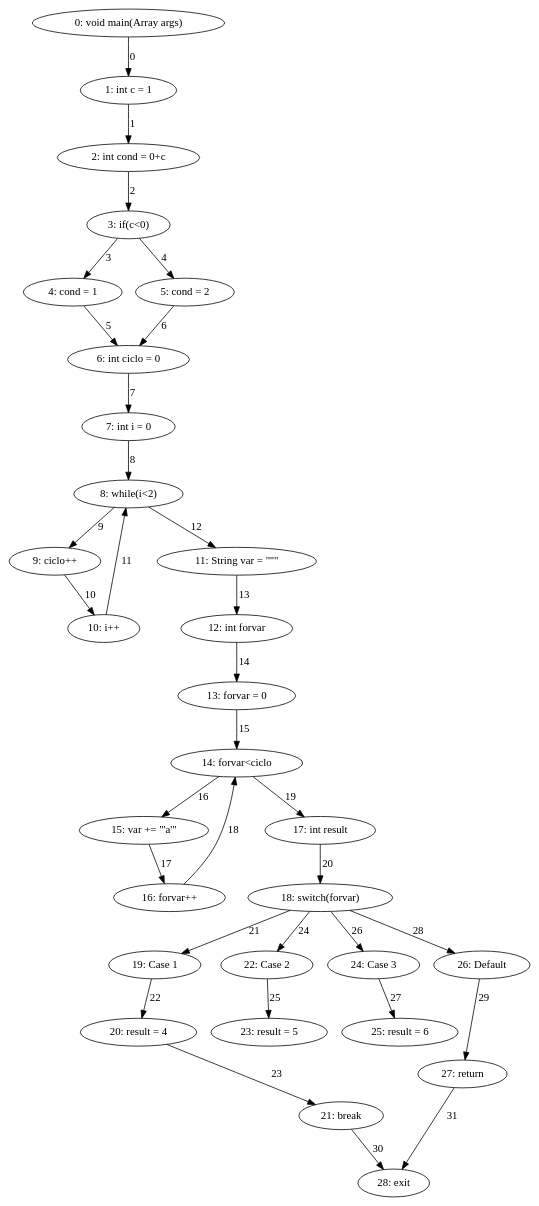
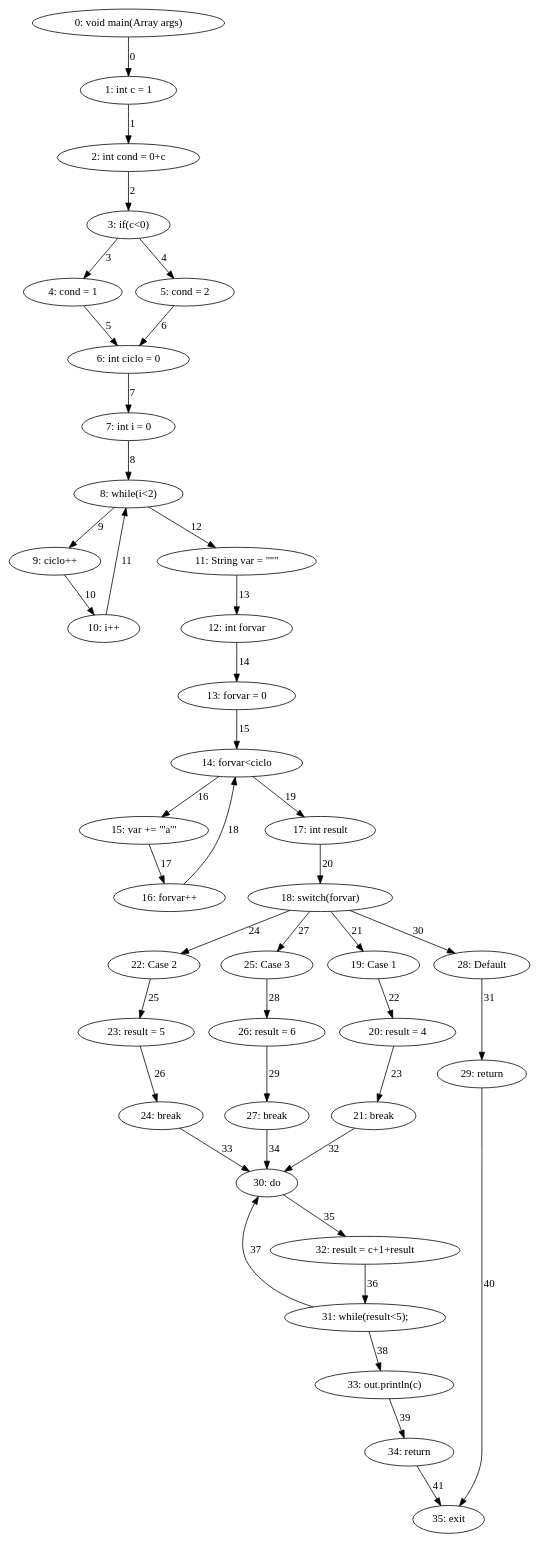
The diagram in export/ast_cfg.dot (DominguesGM/comp_astanalyze), drawn with Graphviz before and after one commit. The commit also changed 20 other files, not shown here.

```diff
--- a/export/ast_cfg.dot
+++ b/export/ast_cfg.dot
@@ -1,63 +1,80 @@
 digraph G {
   1 [ label="0: void main(Array args)" ];
   2 [ label="1: int c = 1" ];
   3 [ label="2: int cond = 0+c" ];
   4 [ label="3: if(c<0)" ];
   5 [ label="4: cond = 1" ];
   6 [ label="5: cond = 2" ];
   7 [ label="6: int ciclo = 0" ];
   8 [ label="7: int i = 0" ];
   9 [ label="8: while(i<2)" ];
   10 [ label="9: ciclo++" ];
   11 [ label="10: i++" ];
   12 [ label="11: String var = \"''\"" ];
   13 [ label="12: int forvar" ];
   14 [ label="13: forvar = 0" ];
   15 [ label="14: forvar<ciclo" ];
   16 [ label="15: var += \"'a'\"" ];
   17 [ label="16: forvar++" ];
   18 [ label="17: int result" ];
   19 [ label="18: switch(forvar)" ];
   20 [ label="19: Case 1" ];
   21 [ label="20: result = 4" ];
   22 [ label="21: break" ];
   23 [ label="22: Case 2" ];
   24 [ label="23: result = 5" ];
-  25 [ label="24: Case 3" ];
-  26 [ label="25: result = 6" ];
-  27 [ label="26: Default" ];
-  28 [ label="27: return" ];
-  29 [ label="28: exit" ];
+  25 [ label="24: break" ];
+  26 [ label="25: Case 3" ];
+  27 [ label="26: result = 6" ];
+  28 [ label="27: break" ];
+  29 [ label="28: Default" ];
+  30 [ label="29: return" ];
+  31 [ label="31: while(result<5);" ];
+  32 [ label="30: do" ];
+  33 [ label="32: result = c+1+result" ];
+  34 [ label="33: out.println(c)" ];
+  35 [ label="34: return" ];
+  36 [ label="35: exit" ];
   1 -> 2 [ label="0" ];
   2 -> 3 [ label="1" ];
   3 -> 4 [ label="2" ];
   4 -> 5 [ label="3" ];
   4 -> 6 [ label="4" ];
   5 -> 7 [ label="5" ];
   6 -> 7 [ label="6" ];
   7 -> 8 [ label="7" ];
   8 -> 9 [ label="8" ];
   9 -> 10 [ label="9" ];
   10 -> 11 [ label="10" ];
   11 -> 9 [ label="11" ];
   9 -> 12 [ label="12" ];
   12 -> 13 [ label="13" ];
   13 -> 14 [ label="14" ];
   14 -> 15 [ label="15" ];
   15 -> 16 [ label="16" ];
   16 -> 17 [ label="17" ];
   17 -> 15 [ label="18" ];
   15 -> 18 [ label="19" ];
   18 -> 19 [ label="20" ];
   19 -> 20 [ label="21" ];
   20 -> 21 [ label="22" ];
   21 -> 22 [ label="23" ];
   19 -> 23 [ label="24" ];
   23 -> 24 [ label="25" ];
-  19 -> 25 [ label="26" ];
-  25 -> 26 [ label="27" ];
-  19 -> 27 [ label="28" ];
+  24 -> 25 [ label="26" ];
+  19 -> 26 [ label="27" ];
+  26 -> 27 [ label="28" ];
   27 -> 28 [ label="29" ];
-  22 -> 29 [ label="30" ];
-  28 -> 29 [ label="31" ];
+  19 -> 29 [ label="30" ];
+  29 -> 30 [ label="31" ];
+  22 -> 32 [ label="32" ];
+  25 -> 32 [ label="33" ];
+  28 -> 32 [ label="34" ];
+  32 -> 33 [ label="35" ];
+  33 -> 31 [ label="36" ];
+  31 -> 32 [ label="37" ];
+  31 -> 34 [ label="38" ];
+  34 -> 35 [ label="39" ];
+  30 -> 36 [ label="40" ];
+  35 -> 36 [ label="41" ];
 }
```
